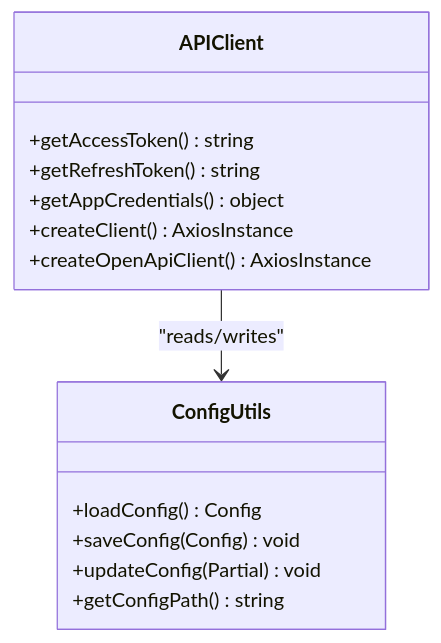
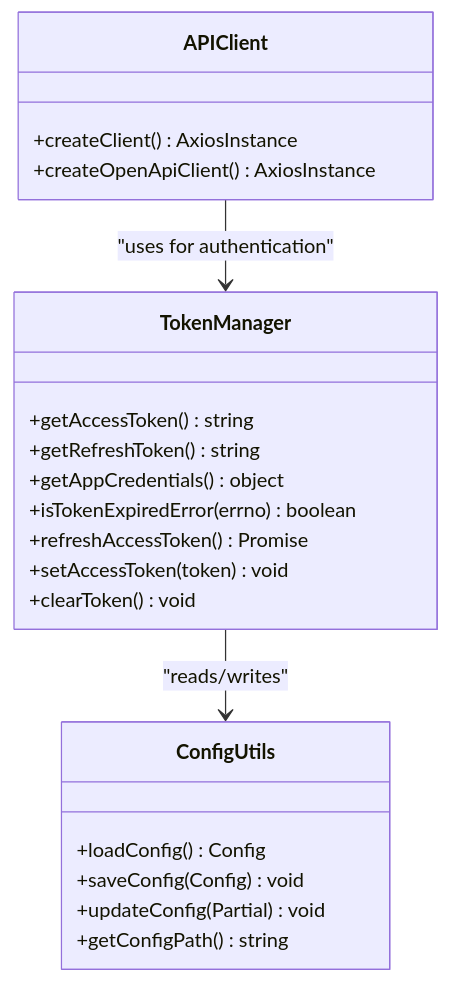
The fifth of 6 diagrams in .qoder/repowiki/en/content/Command Reference/Auth Command.md (yuexiaoliang/baiduwangpan-manager), drawn with Mermaid before and after one commit. The commit also changed other lines of this file and 30 other files, not shown here.

````diff
--- a/.qoder/repowiki/en/content/Command Reference/Auth Command.md
+++ b/.qoder/repowiki/en/content/Command Reference/Auth Command.md
@@ -234,17 +252,24 @@
 ```mermaid
 classDiagram
-class APIClient {
+class TokenManager {
 +getAccessToken() string
 +getRefreshToken() string
 +getAppCredentials() object
++isTokenExpiredError(errno) boolean
++refreshAccessToken() Promise<string|null>
++setAccessToken(token) void
++clearToken() void
+}
+class APIClient {
 +createClient() AxiosInstance
 +createOpenApiClient() AxiosInstance
 }
 class ConfigUtils {
 +loadConfig() Config
 +saveConfig(Config) void
 +updateConfig(Partial) void
 +getConfigPath() string
 }
-APIClient --> ConfigUtils : "reads/writes"
+TokenManager --> ConfigUtils : "reads/writes"
+APIClient --> TokenManager : "uses for authentication"
 ```
````
